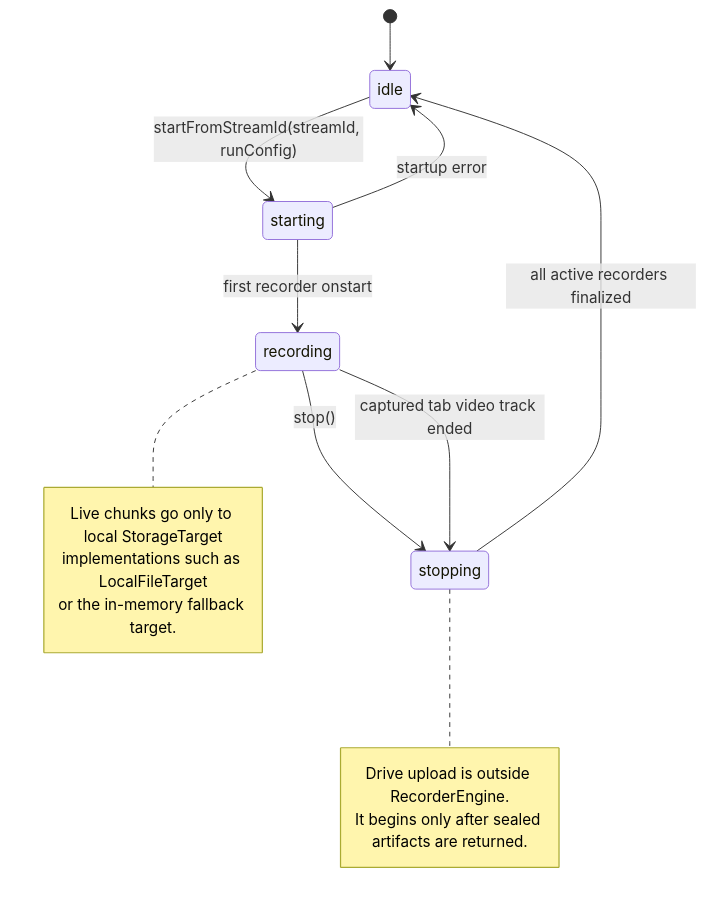
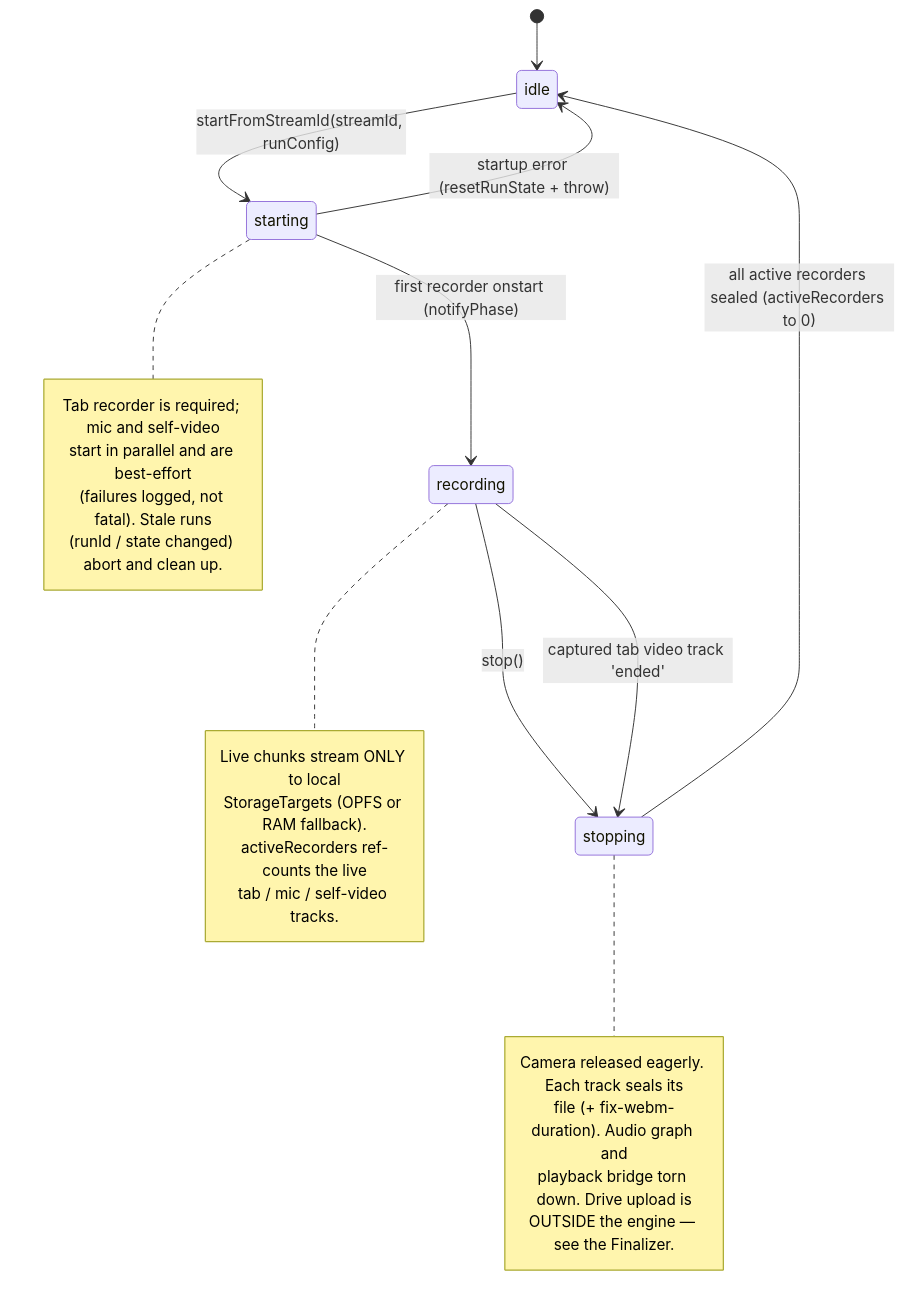
Before and after one commit to kstroevsky/chrome-meeting-recording-extension: the eighth of 17 diagrams in README.md, drawn with Mermaid. The commit also changed other lines of this file, not shown here.

Commit message:
Docs: Update mermaid diagrams

````diff
--- a/README.md
+++ b/README.md
@@ -1132,24 +1353,31 @@
 ```mermaid
 stateDiagram-v2
     [*] --> idle
+    idle --> starting: startFromStreamId(streamId, runConfig)
+    starting --> recording: first recorder onstart (notifyPhase)
+    starting --> idle: startup error (resetRunState + throw)
+    recording --> stopping: stop()
+    recording --> stopping: captured tab video track 'ended'
+    stopping --> idle: all active recorders sealed (activeRecorders to 0)
 
-    idle --> starting: startFromStreamId(streamId, runConfig)
-    starting --> recording: first recorder onstart
-    starting --> idle: startup error
-
-    recording --> stopping: stop()
-    recording --> stopping: captured tab video track ended
-
-    stopping --> idle: all active recorders finalized
+    note right of starting
+        Tab recorder is required; mic and self-video
+        start in parallel and are best-effort
+        (failures logged, not fatal). Stale runs
+        (runId / state changed) abort and clean up.
+    end note
 
     note right of recording
-        Live chunks go only to local StorageTarget
-        implementations such as LocalFileTarget
-        or the in-memory fallback target.
+        Live chunks stream ONLY to local
+        StorageTargets (OPFS or RAM fallback).
+        activeRecorders ref-counts the live
+        tab / mic / self-video tracks.
     end note
 
     note right of stopping
-        Drive upload is outside RecorderEngine.
-        It begins only after sealed artifacts are returned.
+        Camera released eagerly. Each track seals its
+        file (+ fix-webm-duration). Audio graph and
+        playback bridge torn down. Drive upload is
+        OUTSIDE the engine — see the Finalizer.
     end note
 ```
````
